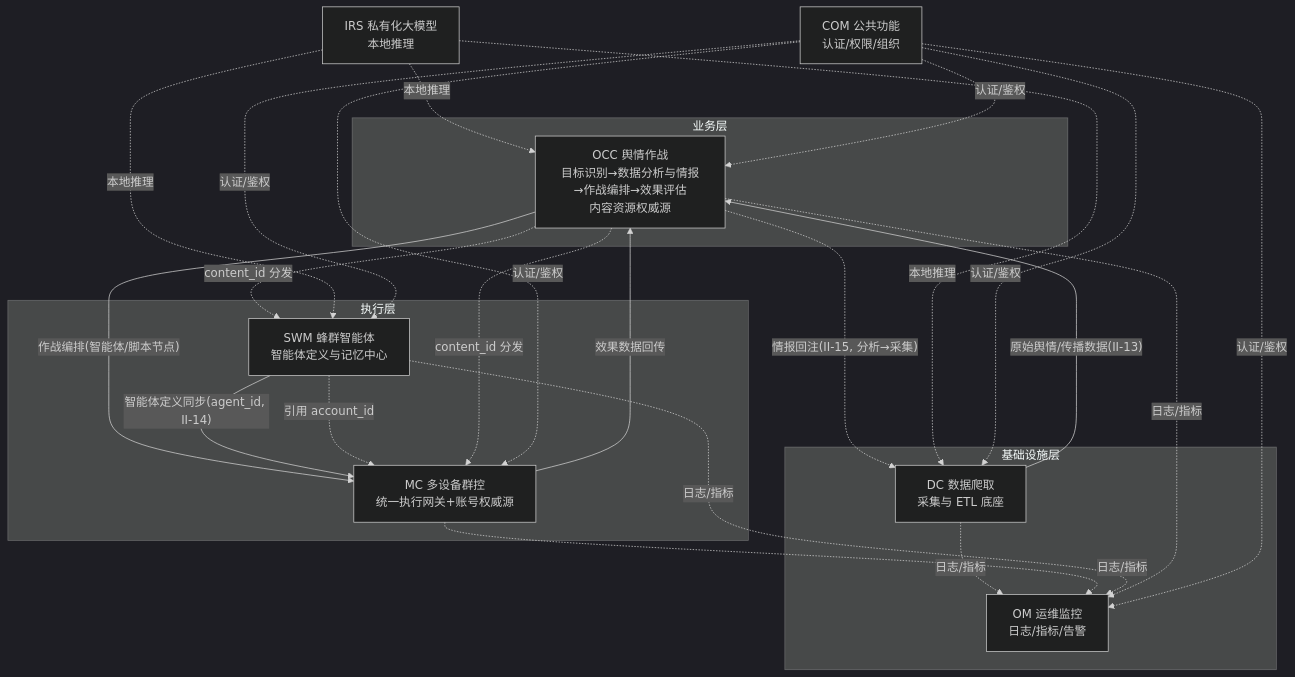
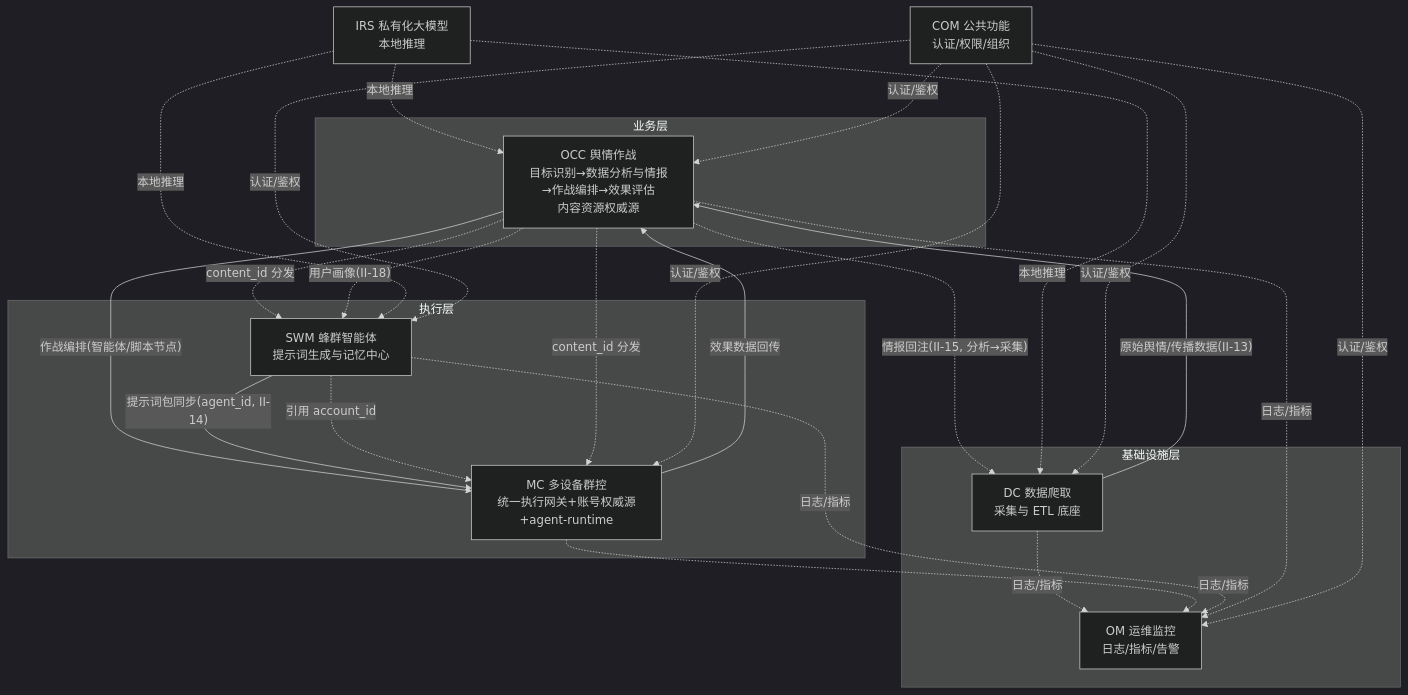
Before and after one commit to Sj-g/obsidian: the first of 48 diagrams in 公司项目/认知作战/文档/软件概要设计-架构图.md, drawn with Mermaid (dark theme). The commit also changed other lines of this file and 3 other files, not shown here.

````diff
--- a/公司项目/认知作战/文档/软件概要设计-架构图.md
+++ b/公司项目/认知作战/文档/软件概要设计-架构图.md
@@ -29,28 +29,29 @@
 ```mermaid
 flowchart TB
     subgraph BIZ["业务层"]
         OCC["OCC 舆情作战<br/>目标识别→数据分析与情报→作战编排→效果评估<br/>内容资源权威源"]
     end
     subgraph EXEC["执行层"]
-        SWM["SWM 蜂群智能体<br/>智能体定义与记忆中心"]
-        MC["MC 多设备群控<br/>统一执行网关+账号权威源"]
+        SWM["SWM 蜂群智能体<br/>提示词生成与记忆中心"]
+        MC["MC 多设备群控<br/>统一执行网关+账号权威源+agent-runtime"]
     end
     subgraph INFRA["基础设施层"]
         DC["DC 数据爬取<br/>采集与 ETL 底座"]
         OM["OM 运维监控<br/>日志/指标/告警"]
     end
     IRS["IRS 私有化大模型<br/>本地推理"]
     COM["COM 公共功能<br/>认证/权限/组织"]
 
     DC -->|"原始舆情/传播数据(II-13)"| OCC
     OCC -->|"作战编排(智能体/脚本节点)"| MC
-    SWM -->|"智能体定义同步(agent_id, II-14)"| MC
+    SWM -->|"提示词包同步(agent_id, II-14)"| MC
     MC -->|"效果数据回传"| OCC
     OCC -.->|"情报回注(II-15, 分析→采集)"| DC
     SWM -.->|"引用 account_id"| MC
     OCC -.->|"content_id 分发"| SWM & MC
+    OCC -.->|"用户画像(II-18)"| SWM
 
     IRS -.->|"本地推理"| DC & SWM & OCC
     DC & MC & SWM & OCC -.->|"日志/指标"| OM
     COM -.->|"认证/鉴权"| DC & MC & SWM & OCC & OM
 ```
````
